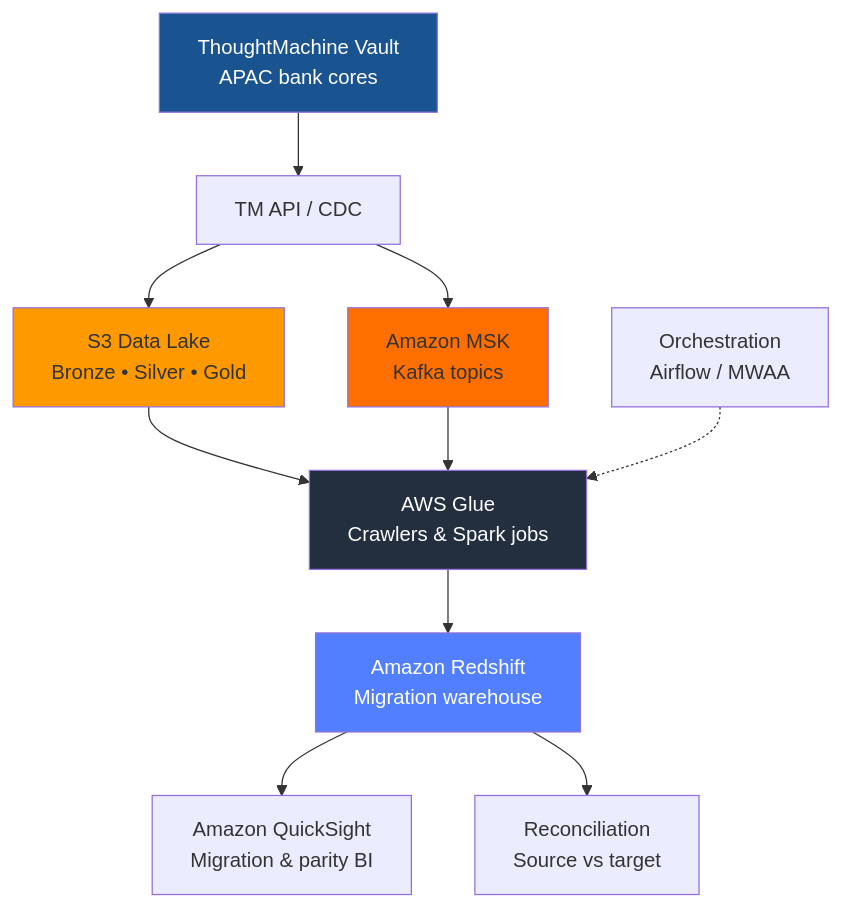
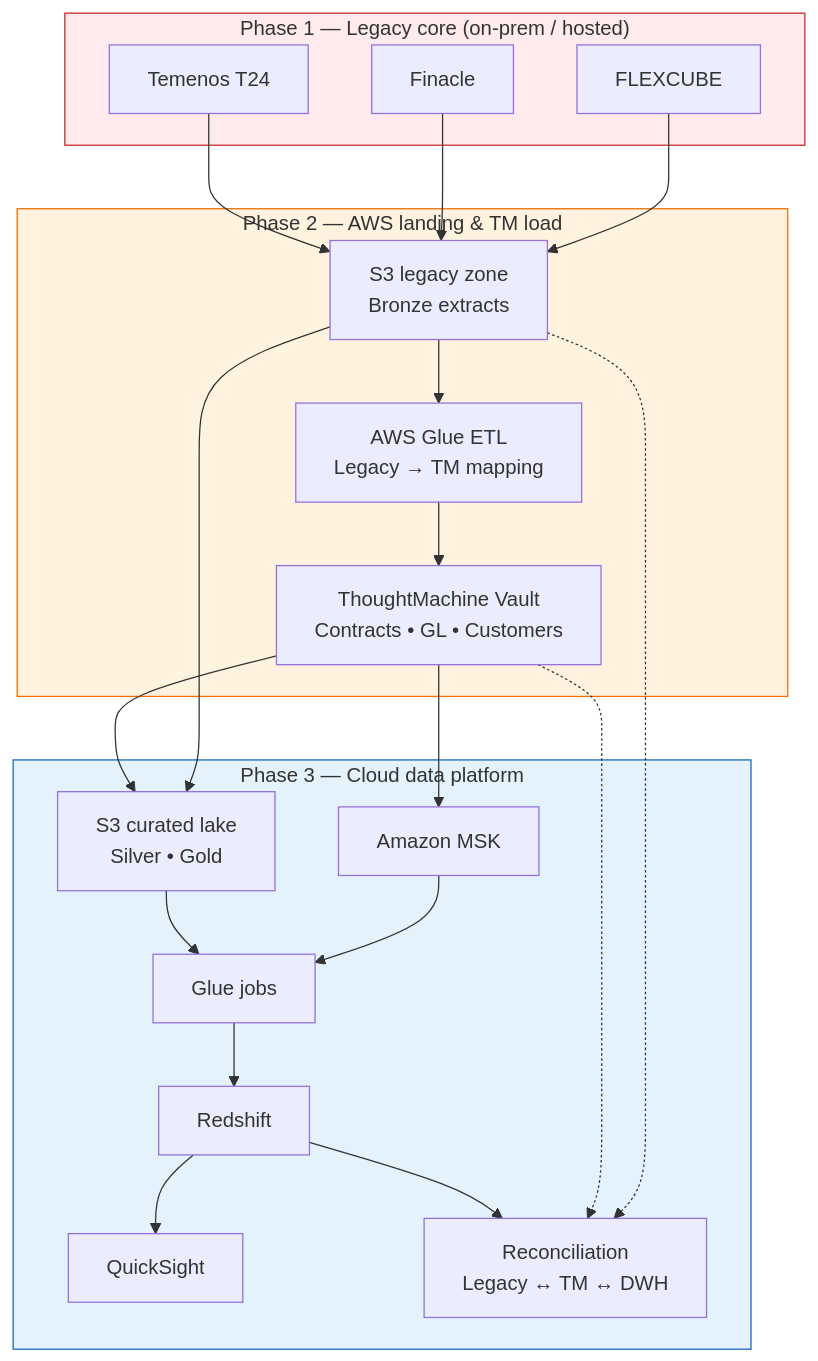
One commit to willtran112358/gft-cloud-data-migration-framework changed the diagram in README.md. Above: the diagram before and after it, drawn with Mermaid. The commit also changed other lines of this file and 4 other files, not shown here.

Commit message:
docs: add legacy core (T24/Finacle/Flexcube) to S3 to TM mapping flow before AWS analytics

````diff
--- a/README.md
+++ b/README.md
@@ -18,22 +37,43 @@
 ```mermaid
 graph TB
-    TM["ThoughtMachine Vault<br/>APAC bank cores"]
-    TM --> API["TM API / CDC"]
-    API --> MSK["Amazon MSK<br/>Kafka topics"]
-    API --> S3["S3 Data Lake<br/>Bronze • Silver • Gold"]
+    subgraph LEGACY["Phase 1 — Legacy core (on-prem / hosted)"]
+        T24["Temenos T24"]
+        FIN["Finacle"]
+        FC["FLEXCUBE"]
+    end
 
-    S3 --> GLUE["AWS Glue<br/>Crawlers & Spark jobs"]
-    GLUE --> RS["Amazon Redshift<br/>Migration warehouse"]
+    subgraph LAND["Phase 2 — AWS landing & TM load"]
+        S3L["S3 legacy zone<br/>Bronze extracts"]
+        GLUE_MAP["AWS Glue ETL<br/>Legacy → TM mapping"]
+        TM["ThoughtMachine Vault<br/>Contracts • GL • Customers"]
+    end
+
+    subgraph AWS["Phase 3 — Cloud data platform"]
+        S3C["S3 curated lake<br/>Silver • Gold"]
+        MSK["Amazon MSK"]
+        GLUE["Glue jobs"]
+        RS["Redshift"]
+        QS["QuickSight"]
+        RECON["Reconciliation<br/>Legacy ↔ TM ↔ DWH"]
+    end
+
+    T24 --> S3L
+    FIN --> S3L
+    FC --> S3L
+    S3L --> GLUE_MAP
+    GLUE_MAP --> TM
+    TM --> MSK
+    TM --> S3C
+    S3L --> S3C
+    S3C --> GLUE
     MSK --> GLUE
+    GLUE --> RS
+    RS --> QS
+    RS --> RECON
+    TM -.-> RECON
+    S3L -.-> RECON
 
-    RS --> QS["Amazon QuickSight<br/>Migration & parity BI"]
-    RS --> RECON["Reconciliation<br/>Source vs target"]
-
-    AIRFLOW["Orchestration<br/>Airflow / MWAA"] -.-> GLUE
-
-    style TM fill:#1a5490,color:#fff
-    style S3 fill:#ff9900
-    style GLUE fill:#232f3e,color:#fff
-    style RS fill:#527fff,color:#fff
-    style MSK fill:#ff6f00
+    style LEGACY fill:#ffebee,stroke:#c62828
+    style LAND fill:#fff3e0,stroke:#ef6c00
+    style AWS fill:#e3f2fd,stroke:#1565c0
 ```
````
